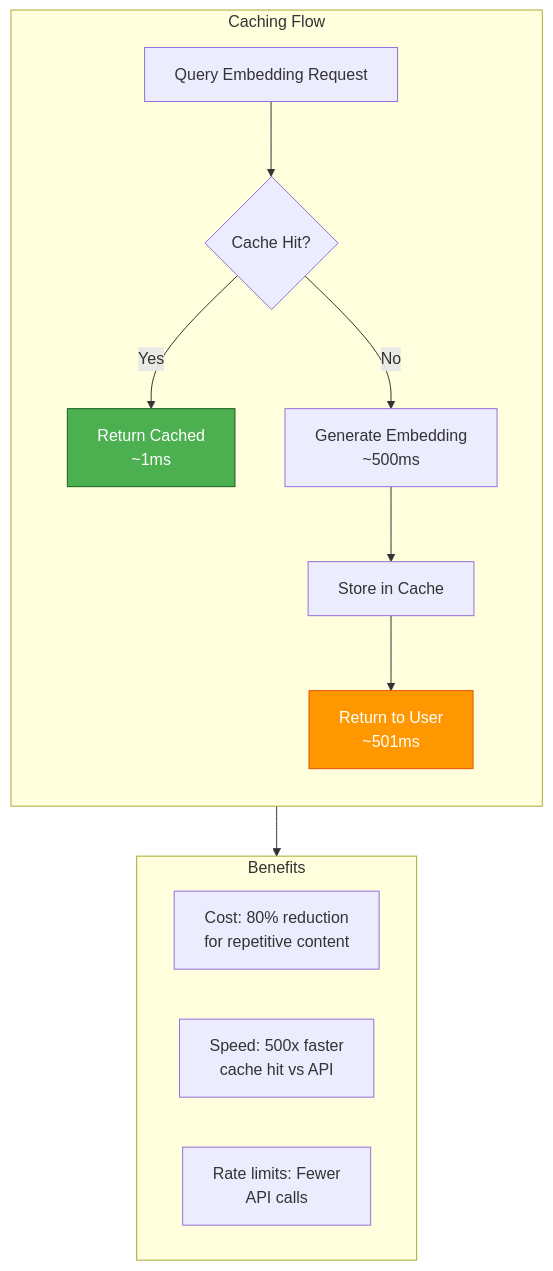
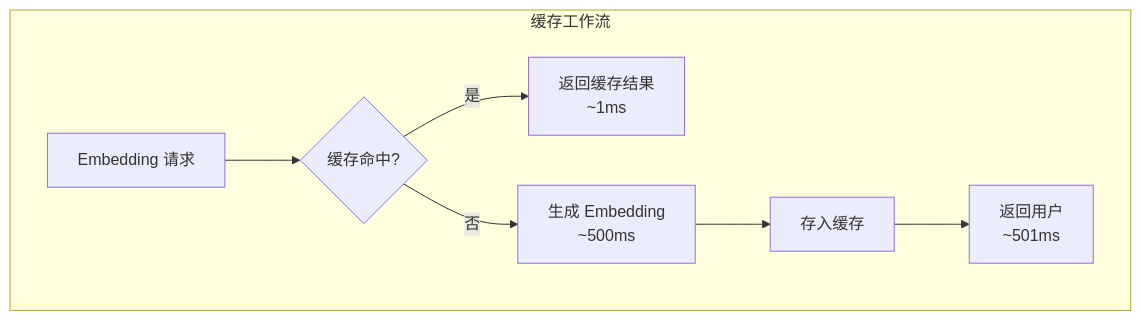
One commit to YiWang24/AiDIY changed diagram 14 of 14 in i18n/zh-Hans/docusaurus-plugin-content-docs/current/ai/rag/03-index.mdx. Above: the diagram before and after it, drawn with Mermaid. The commit also changed other lines of this file and 59 other files, not shown here.

````diff
--- a/i18n/zh-Hans/docusaurus-plugin-content-docs/current/ai/rag/03-index.mdx
+++ b/i18n/zh-Hans/docusaurus-plugin-content-docs/current/ai/rag/03-index.mdx
@@ -1265,26 +960,11 @@
 ```mermaid
 flowchart TB
-    subgraph CacheFlow["Caching Flow"]
-        Q["Query Embedding Request"]
-
-        direction TB
-        Q --> Check{Cache Hit?}
-
-        Check -->|Yes| Return["Return Cached<br/>~1ms"]
-        Check -->|No| Generate["Generate Embedding<br/>~500ms"]
-
-        Generate --> Store["Store in Cache"]
-        Store --> Return2["Return to User<br/>~501ms"]
+    subgraph CacheFlow["缓存工作流"]
+        Q["Embedding 请求"]
+        Q --> Check{缓存命中?}
+        Check -->|是| Return["返回缓存结果<br/>~1ms"]
+        Check -->|否| Generate["生成 Embedding<br/>~500ms"]
+        Generate --> Store["存入缓存"]
+        Store --> Return2["返回用户<br/>~501ms"]
     end
-
-    subgraph Benefits["Benefits"]
-        B1["Cost: 80% reduction<br/>for repetitive content"]
-        B2["Speed: 500x faster<br/>cache hit vs API"]
-        B3["Rate limits: Fewer<br/>API calls"]
-    end
-
-    CacheFlow --> Benefits
-
-    style Return fill:#4caf50,stroke:#1b5e20,color:#fff
-    style Return2 fill:#ff9800,stroke:#e65100,color:#fff
 ```
````
